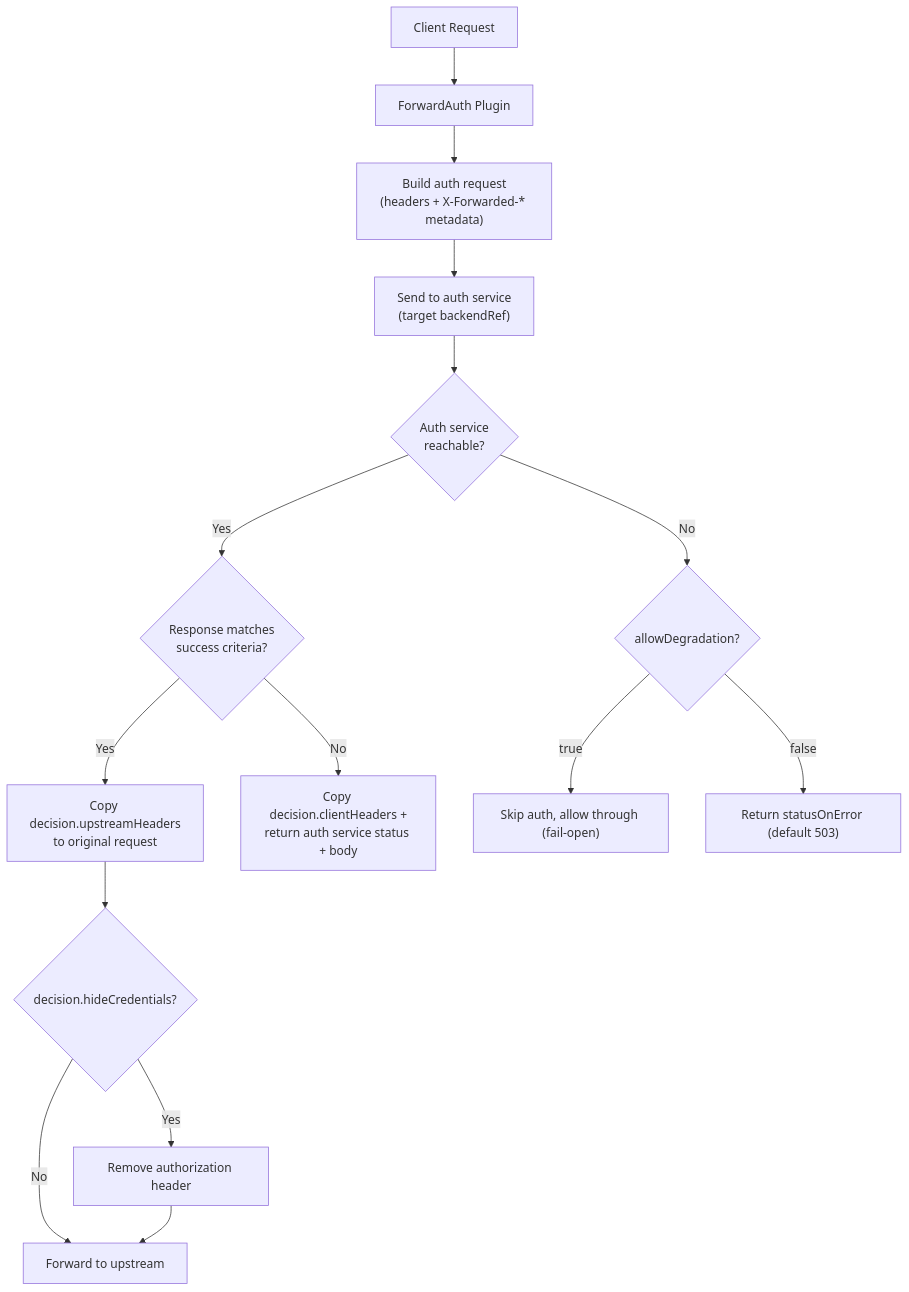
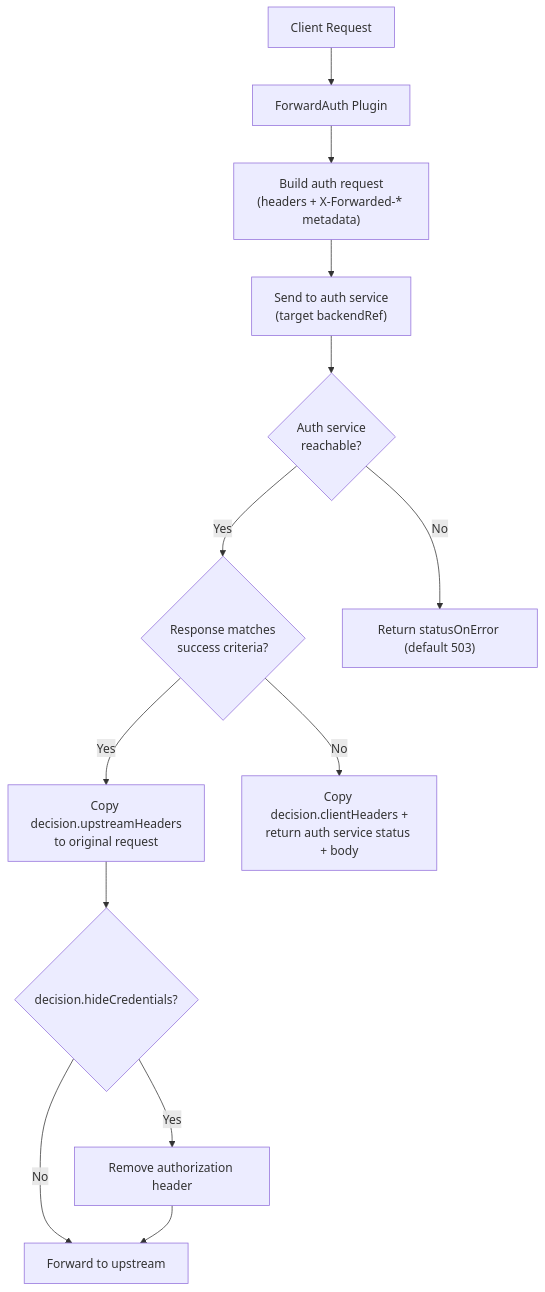
Before and after one commit to Pandaala/Edgion: the diagram in docs/en/user-guide/edgion-plugins/forward-auth.md, drawn with Mermaid. The commit also changed other lines of this file and 62 other files, not shown here.

````diff
--- a/docs/en/user-guide/edgion-plugins/forward-auth.md
+++ b/docs/en/user-guide/edgion-plugins/forward-auth.md
@@ -38,17 +38,15 @@
 ```mermaid
 flowchart TD
     A["Client Request"] --> B["ForwardAuth Plugin"]
     B --> C["Build auth request\n(headers + X-Forwarded-* metadata)"]
     C --> D["Send to auth service\n(target backendRef)"]
     D --> E{"Auth service\nreachable?"}
     E -->|Yes| F{"Response matches\nsuccess criteria?"}
     F -->|Yes| G["Copy decision.upstreamHeaders\nto original request"]
     G --> H1{"decision.hideCredentials?"}
     H1 -->|Yes| H2["Remove authorization header"]
     H1 -->|No| I["Forward to upstream"]
     H2 --> I
     F -->|No| J["Copy decision.clientHeaders +\nreturn auth service status + body"]
-    E -->|No| K{"allowDegradation?"}
-    K -->|"true"| L["Skip auth, allow through (fail-open)"]
-    K -->|"false"| M["Return statusOnError (default 503)"]
+    E -->|No| M["Return statusOnError (default 503)"]
 ```
````
